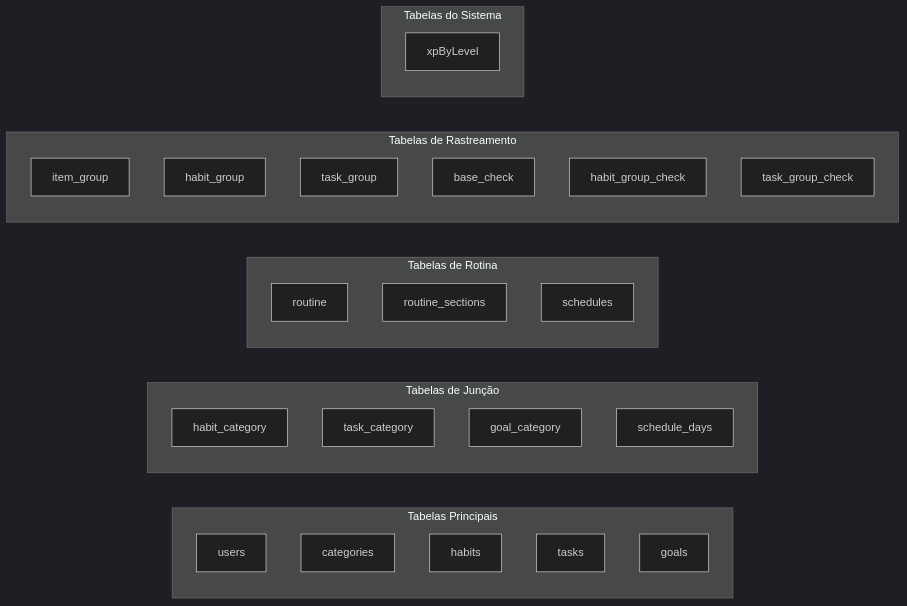
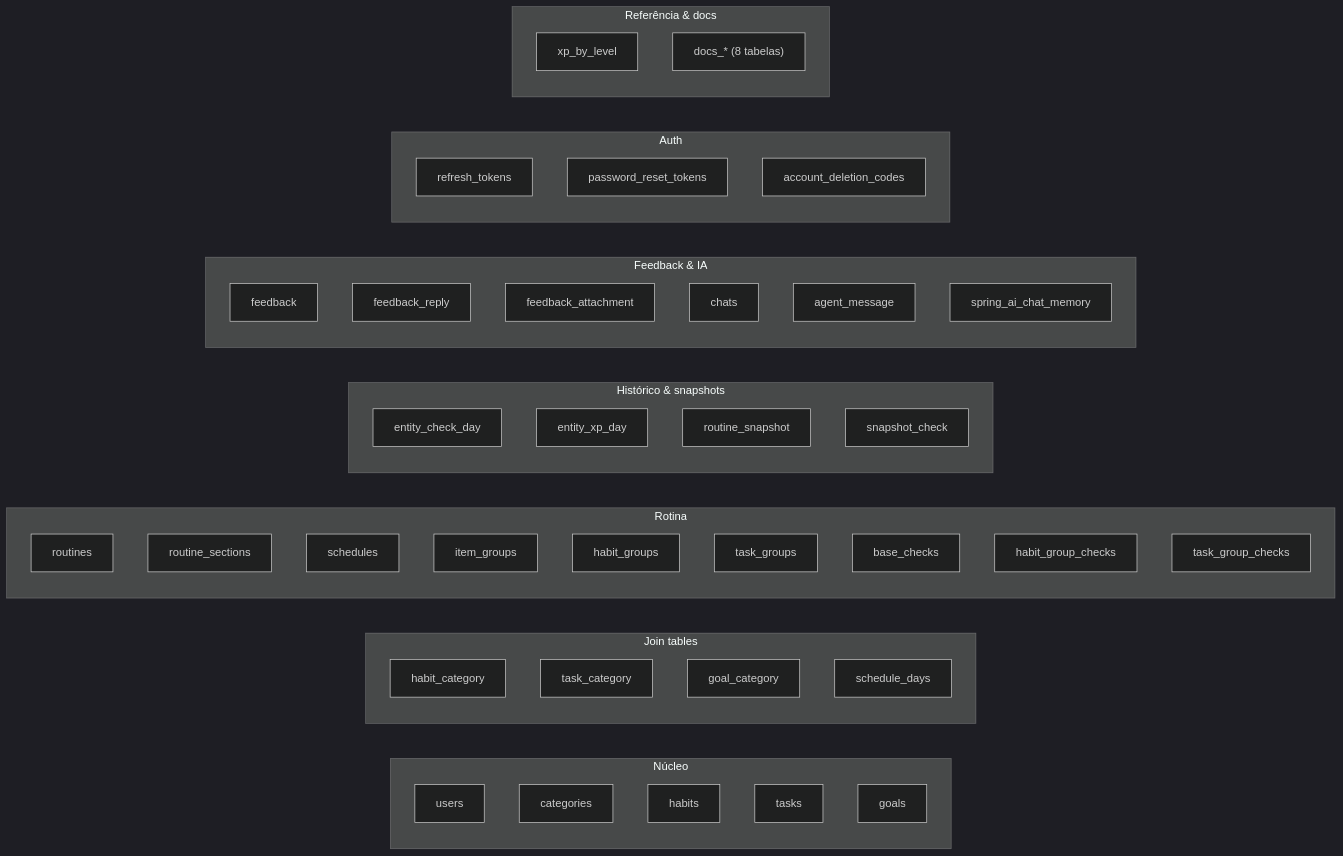
One commit to AndDev741/Beyou-arch-design changed the fifth of 5 diagrams in architecture/domain-model/pt.md. Above: the diagram before and after it, drawn with Mermaid (dark theme). The commit also changed other lines of this file and 3 other files, not shown here.

First line of the commit message:
docs(architecture): bring the domain model up to the real entity set

````diff
--- a/architecture/domain-model/pt.md
+++ b/architecture/domain-model/pt.md
@@ -370,36 +365,56 @@
 ```mermaid
 flowchart LR
-  subgraph "Tabelas Principais"
+  subgraph core["Núcleo"]
     users
     categories
     habits
     tasks
     goals
   end
 
-  subgraph "Tabelas de Junção"
+  subgraph joins["Join tables"]
     habit_category
     task_category
     goal_category
     schedule_days
   end
 
-  subgraph "Tabelas de Rotina"
-    routine
+  subgraph routine["Rotina"]
+    routines
     routine_sections
     schedules
+    item_groups
+    habit_groups
+    task_groups
+    base_checks
+    habit_group_checks
+    task_group_checks
   end
 
-  subgraph "Tabelas de Rastreamento"
-    item_group
-    habit_group
-    task_group
-    base_check
-    habit_group_check
-    task_group_check
+  subgraph history["Histórico & snapshots"]
+    entity_check_day
+    entity_xp_day
+    routine_snapshot
+    snapshot_check
   end
 
-  subgraph "Tabelas do Sistema"
-    xpByLevel
+  subgraph support["Feedback & IA"]
+    feedback
+    feedback_reply
+    feedback_attachment
+    chats
+    agent_message
+    spring_ai_chat_memory
+  end
+
+  subgraph auth["Auth"]
+    refresh_tokens
+    password_reset_tokens
+    account_deletion_codes
+  end
+
+  subgraph system["Referência & docs"]
+    xp_by_level
+    docs_tables["docs_* (8 tabelas)"]
   end
 ```
````
